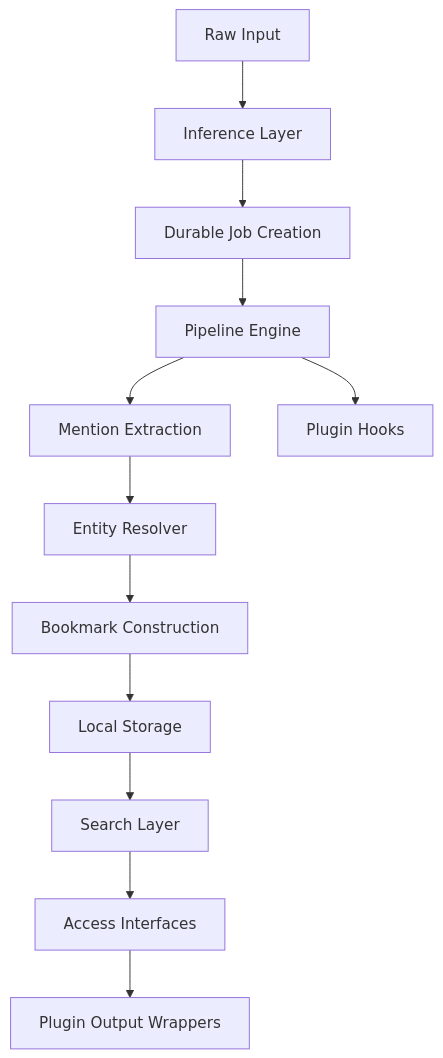
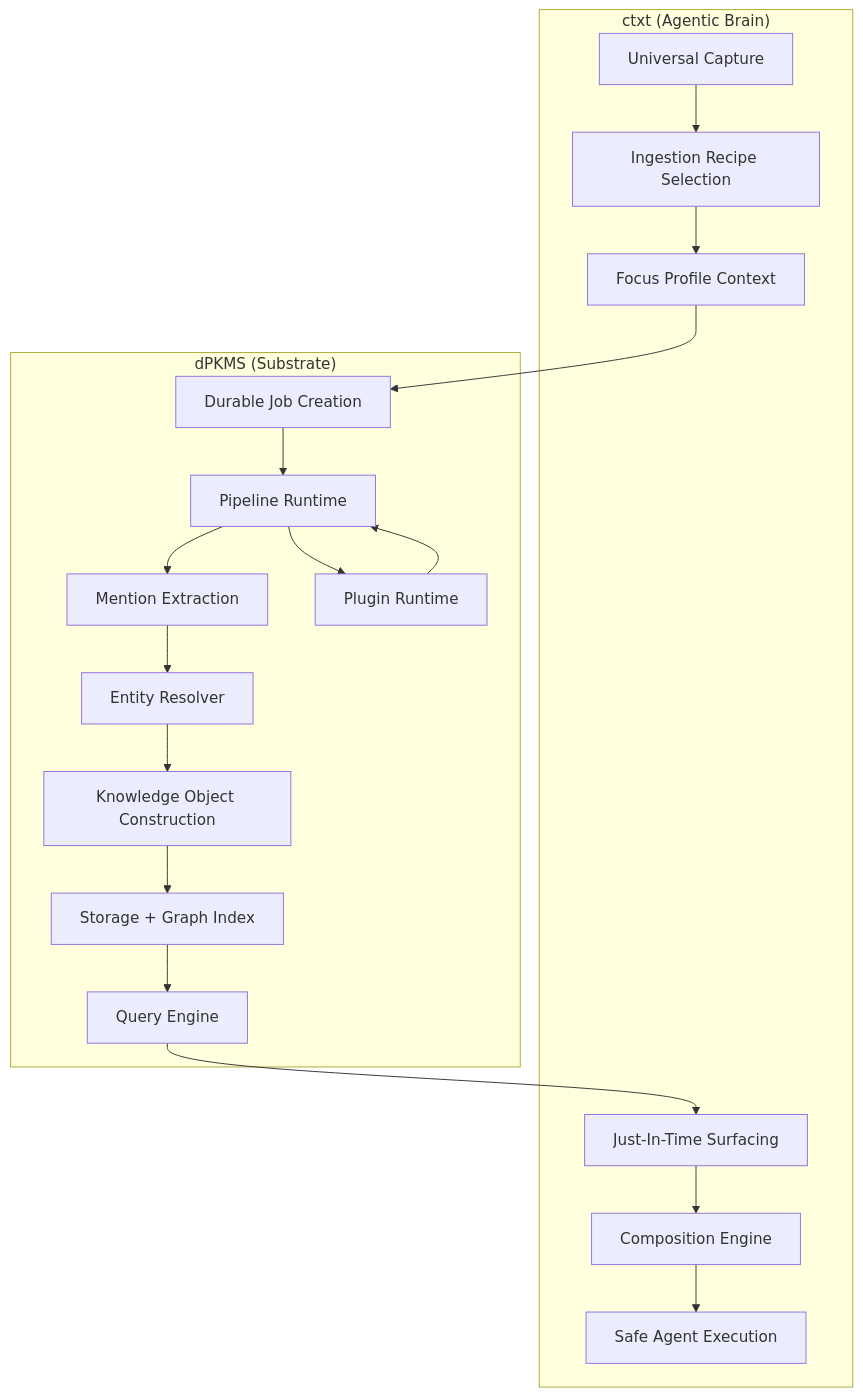
The first of 5 diagrams in docs/architecture.md (ContextHelp/ContextHelp), drawn with Mermaid before and after one commit. The commit also changed other lines of this file and 127 other files, not shown here.

Commit message:
docs: context.help = dpkms + ctxt

````diff
--- a/docs/architecture.md
+++ b/docs/architecture.md
@@ -28,14 +55,34 @@
 ```mermaid
 flowchart TD
-    A[Raw Input] --> B[Inference Layer]
-    B --> C[Durable Job Creation]
-    C --> D[Pipeline Engine]
-    D --> E[Mention Extraction]
-    E --> F[Entity Resolver]
-    F --> G[Bookmark Construction]
-    G --> H[Local Storage]
-    H --> I[Search Layer]
-    I --> J[Access Interfaces]
-    D --> K[Plugin Hooks]
-    J --> L[Plugin Output Wrappers]
+    subgraph ctxt["ctxt (Agentic Brain)"]
+        A[Universal Capture] --> B[Ingestion Recipe Selection]
+        B --> C[Focus Profile Context]
+        K[Just-In-Time Surfacing]
+        L[Composition Engine]
+        M[Safe Agent Execution]
+    end
+
+    subgraph dPKMS["dPKMS (Substrate)"]
+        D[Durable Job Creation]
+        E[Pipeline Runtime]
+        F[Mention Extraction]
+        G[Entity Resolver]
+        H[Knowledge Object Construction]
+        I[Storage + Graph Index]
+        J[Query Engine]
+        N[Plugin Runtime]
+    end
+
+    C --> D
+    D --> E
+    E --> F
+    F --> G
+    G --> H
+    H --> I
+    I --> J
+    J --> K
+    K --> L
+    L --> M
+    E --> N
+    N --> E
 ```
````
